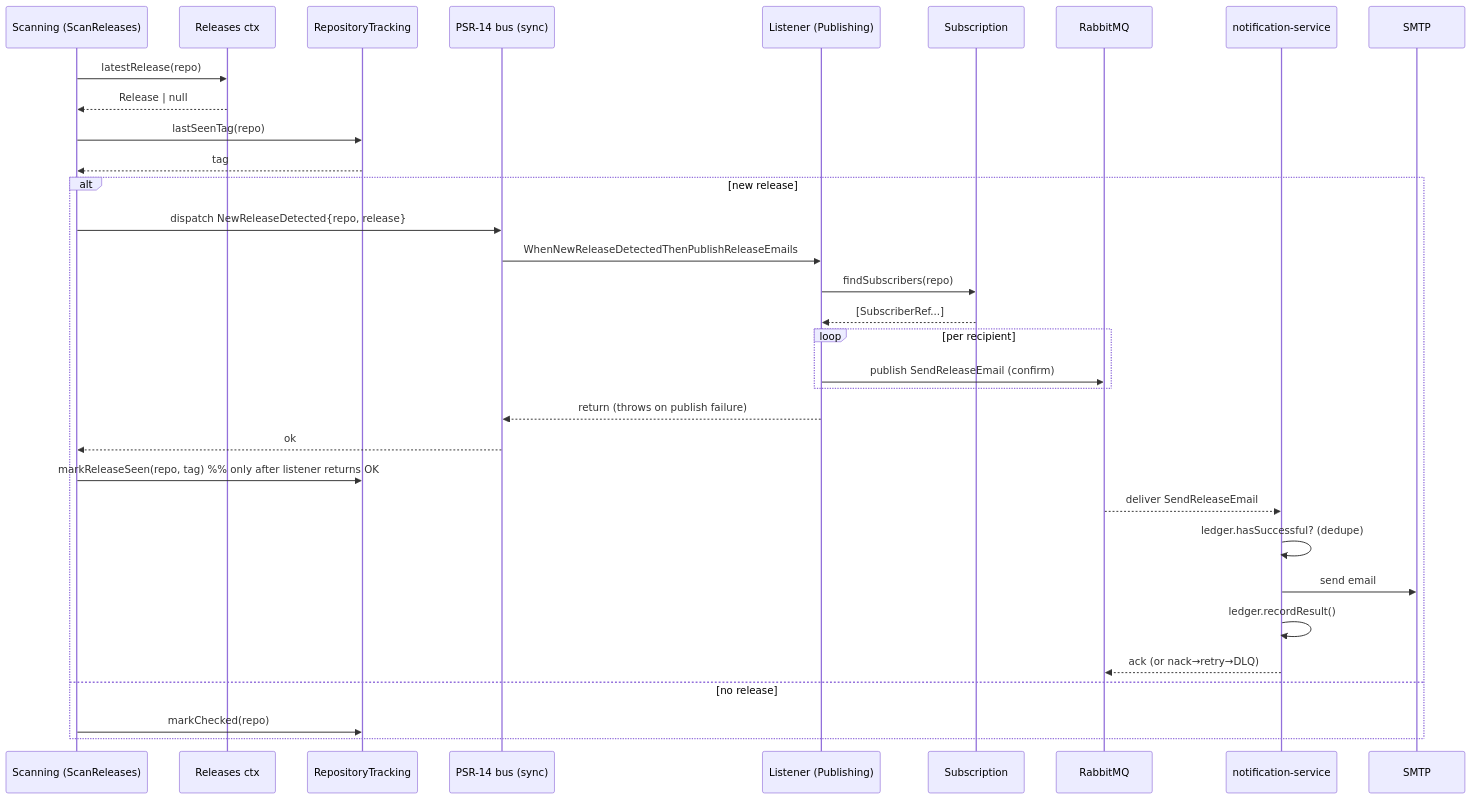
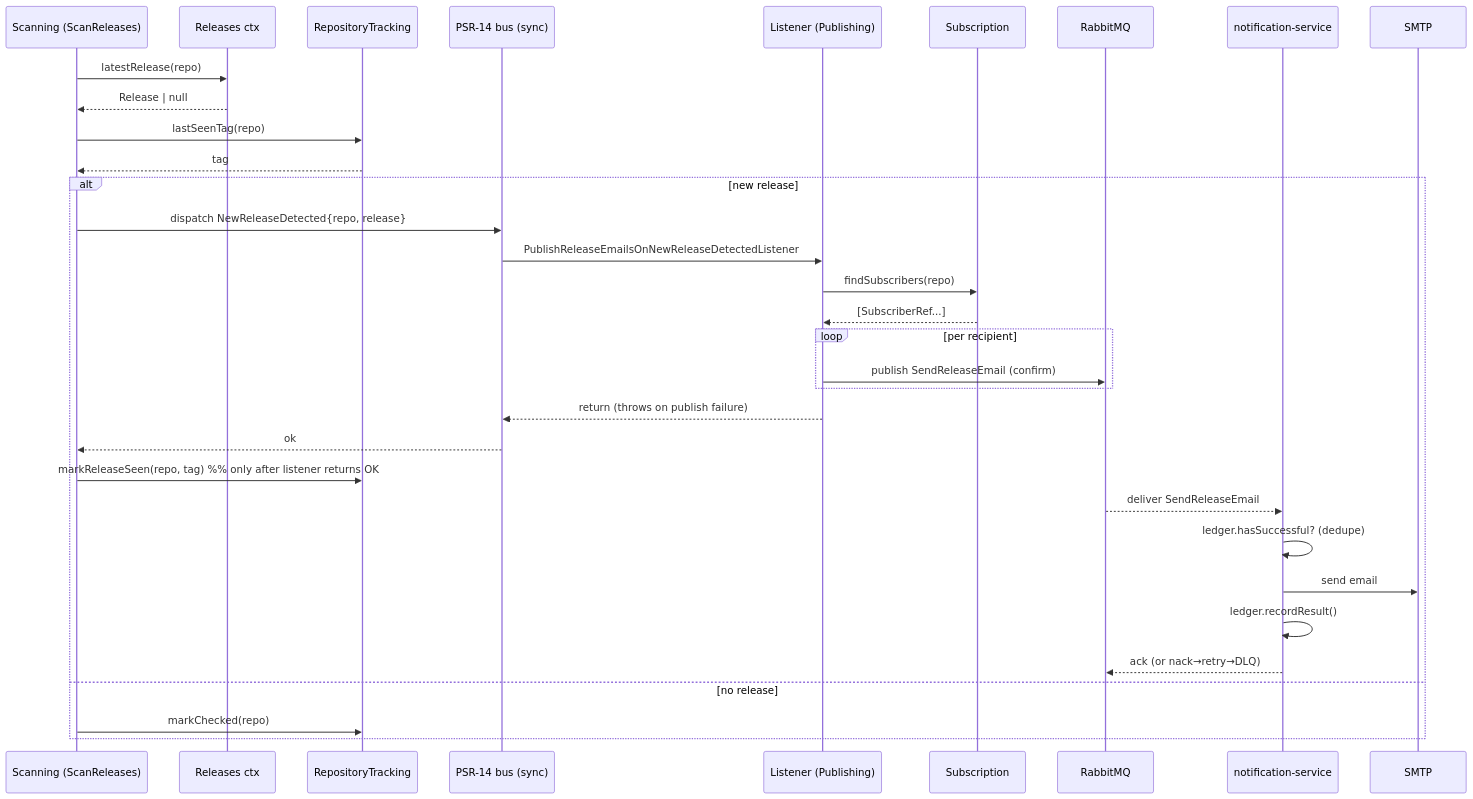
One commit to GenesisEducationKyiv/software-engineering-school-6-0-Derane changed the diagram in specs/hw7-clean-architecture-microservices/architecture.md. Above: the diagram before and after it, drawn with Mermaid. The commit also changed other lines of this file and 32 other files, not shown here.

````diff
--- a/specs/hw7-clean-architecture-microservices/architecture.md
+++ b/specs/hw7-clean-architecture-microservices/architecture.md
@@ -240,36 +240,36 @@
 ```mermaid
 sequenceDiagram
     participant SC as Scanning (ScanReleases)
     participant GH as Releases ctx
     participant TR as RepositoryTracking
     participant EV as PSR-14 bus (sync)
     participant PUB as Listener (Publishing)
     participant SUB as Subscription
     participant MQ as RabbitMQ
     participant NS as notification-service
     participant SMTP as SMTP
 
     SC->>GH: latestRelease(repo)
     GH-->>SC: Release | null
     SC->>TR: lastSeenTag(repo)
     TR-->>SC: tag
     alt new release
         SC->>EV: dispatch NewReleaseDetected{repo, release}
-        EV->>PUB: WhenNewReleaseDetectedThenPublishReleaseEmails
+        EV->>PUB: PublishReleaseEmailsOnNewReleaseDetectedListener
         PUB->>SUB: findSubscribers(repo)
         SUB-->>PUB: [SubscriberRef...]
         loop per recipient
             PUB->>MQ: publish SendReleaseEmail (confirm)
         end
         PUB-->>EV: return (throws on publish failure)
         EV-->>SC: ok
         SC->>TR: markReleaseSeen(repo, tag)   %% only after listener returns OK
         MQ-->>NS: deliver SendReleaseEmail
         NS->>NS: ledger.hasSuccessful? (dedupe)
         NS->>SMTP: send email
         NS->>NS: ledger.recordResult()
         NS-->>MQ: ack (or nack→retry→DLQ)
     else no release
         SC->>TR: markChecked(repo)
     end
 ```
````
